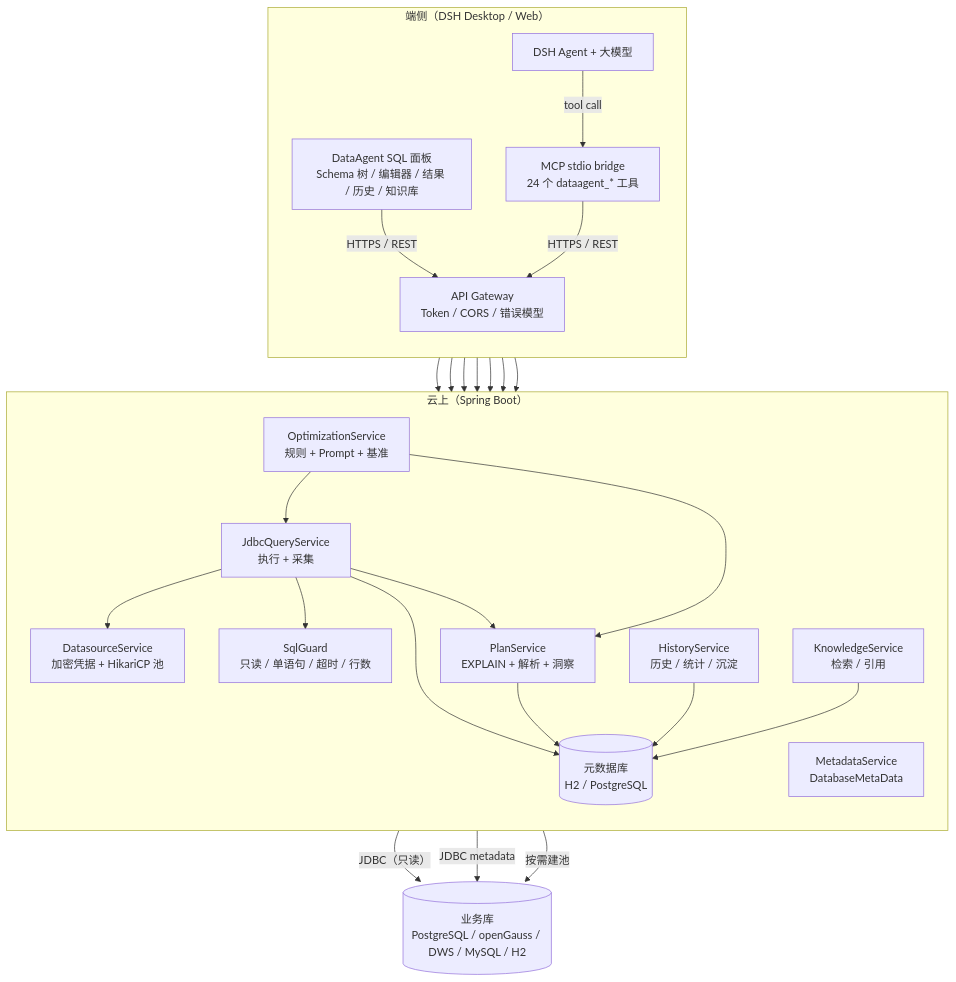
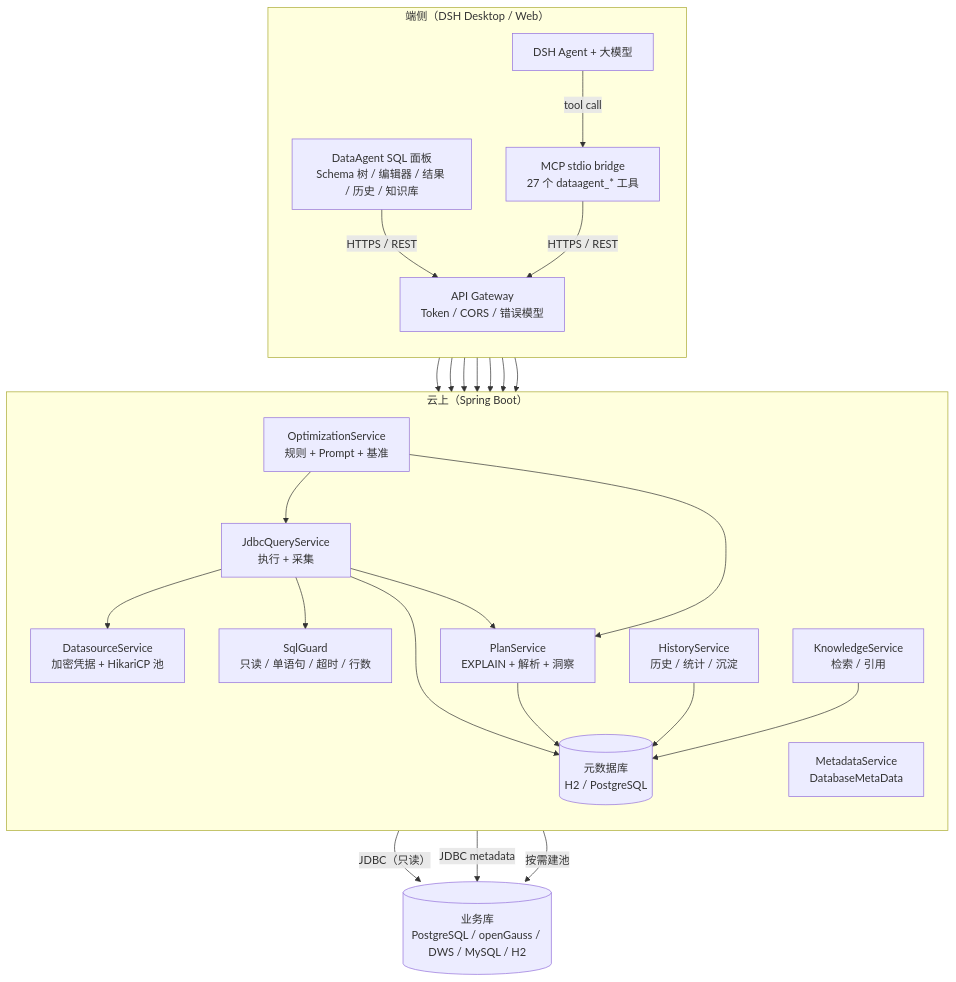
The first of 6 diagrams in docs/ARCHITECTURE.md (whllowp/DataAgent), drawn with Mermaid before and after one commit. The commit also changed other lines of this file and 22 other files, not shown here.

````diff
--- a/docs/ARCHITECTURE.md
+++ b/docs/ARCHITECTURE.md
@@ -25,47 +25,47 @@
 ```mermaid
 flowchart TB
   subgraph Edge["端侧（DSH Desktop / Web）"]
     direction TB
     Panel["DataAgent SQL 面板<br/>Schema 树 / 编辑器 / 结果 / 历史 / 知识库"]
     DSH["DSH Agent + 大模型"]
-    MCP["MCP stdio bridge<br/>24 个 dataagent_* 工具"]
+    MCP["MCP stdio bridge<br/>27 个 dataagent_* 工具"]
     Panel -->|"HTTPS / REST"| Gateway
     DSH -->|"tool call"| MCP
     MCP -->|"HTTPS / REST"| Gateway
   end
 
   subgraph Cloud["云上（Spring Boot）"]
     direction TB
     Gateway["API Gateway<br/>Token / CORS / 错误模型"]
     DS["DatasourceService<br/>加密凭据 + HikariCP 池"]
     Meta["MetadataService<br/>DatabaseMetaData"]
     Guard["SqlGuard<br/>只读 / 单语句 / 超时 / 行数"]
     Exec["JdbcQueryService<br/>执行 + 采集"]
     Plan["PlanService<br/>EXPLAIN + 解析 + 洞察"]
     Hist["HistoryService<br/>历史 / 统计 / 沉淀"]
     KB["KnowledgeService<br/>检索 / 引用"]
     Opt["OptimizationService<br/>规则 + Prompt + 基准"]
     Store[("元数据库<br/>H2 / PostgreSQL")]
     Gateway --> DS
     Gateway --> Meta
     Gateway --> Guard
     Gateway --> Exec
     Gateway --> Hist
     Gateway --> KB
     Gateway --> Opt
     Exec --> Guard
     Exec --> DS
     Exec --> Plan
     Exec --> Store
     Plan --> Store
     Hist --> Store
     KB --> Store
     Opt --> Exec
     Opt --> Plan
   end
 
   DB[("业务库<br/>PostgreSQL / openGauss / DWS / MySQL / H2")]
   Exec -->|"JDBC（只读）"| DB
   Meta -->|"JDBC metadata"| DB
   DS -->|"按需建池"| DB
 ```
````
